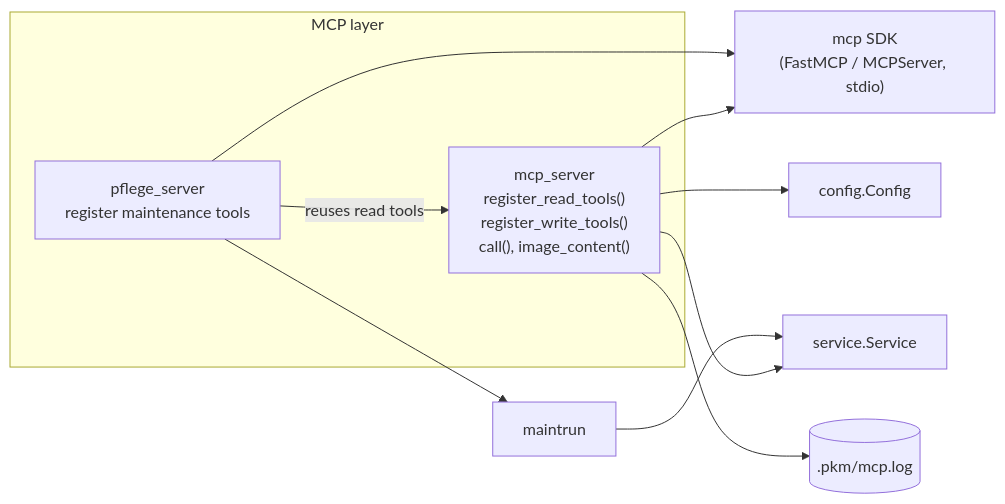
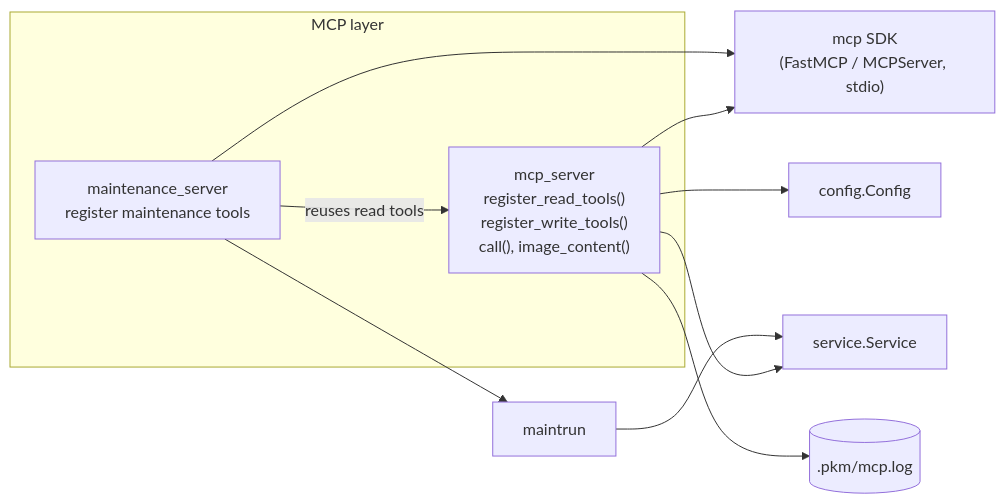
One commit to achim0x/pkm-llm-wiki changed the ninth of 22 diagrams in docs/architecture.md. Above: the diagram before and after it, drawn with Mermaid. The commit also changed other lines of this file and 19 other files, not shown here.

First line of the commit message:
Rename the maintenance server to English: pkm-maintenance

````diff
--- a/docs/architecture.md
+++ b/docs/architecture.md
@@ -509,20 +509,20 @@
 ```mermaid
 flowchart LR
     subgraph mcp["MCP layer"]
         mcp_server["mcp_server<br/>register_read_tools()<br/>register_write_tools()<br/>call(), image_content()"]
-        pflege_server["pflege_server<br/>register maintenance tools"]
+        maintenance_server["maintenance_server<br/>register maintenance tools"]
     end
     SDK["mcp SDK<br/>(FastMCP / MCPServer, stdio)"]
     service["service.Service"]
     maintrun["maintrun"]
     config["config.Config"]
     log[(".pkm/mcp.log")]
-    pflege_server -- "reuses read tools" --> mcp_server
+    maintenance_server -- "reuses read tools" --> mcp_server
     mcp_server --> SDK
-    pflege_server --> SDK
+    maintenance_server --> SDK
     mcp_server --> service
-    pflege_server --> maintrun
+    maintenance_server --> maintrun
     maintrun --> service
     mcp_server --> config
     mcp_server --> log
 ```
````
